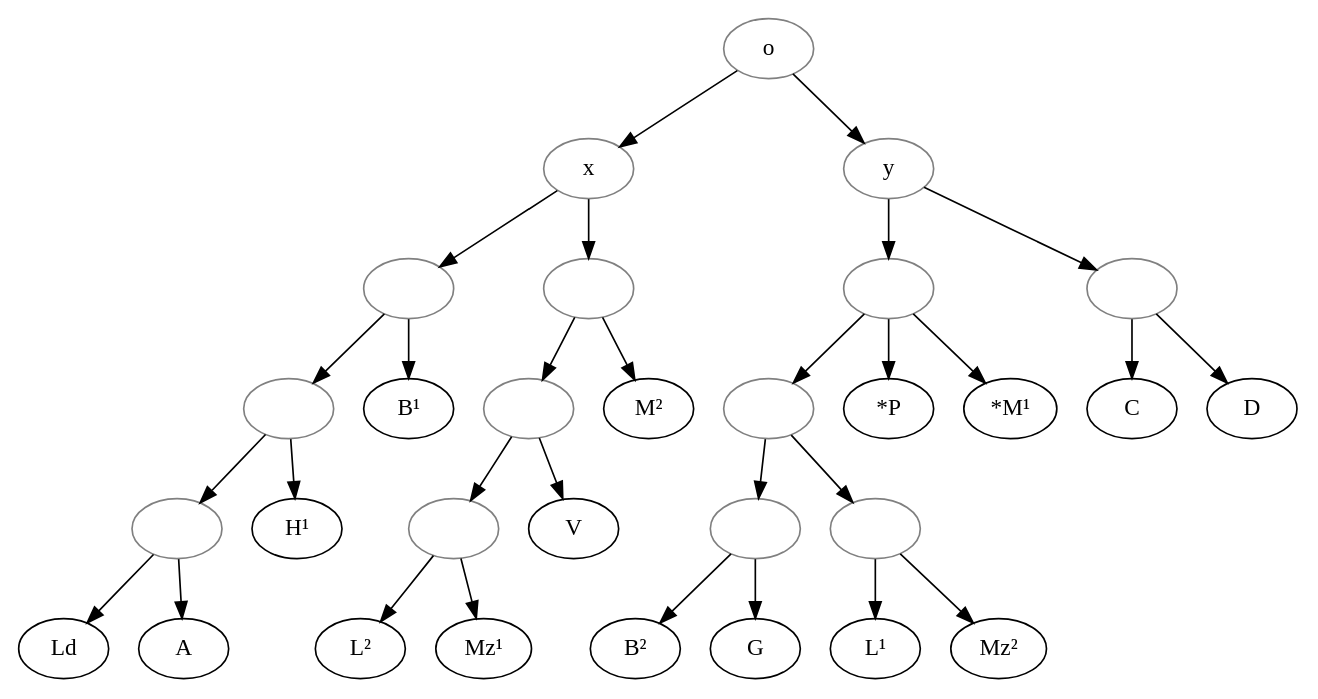
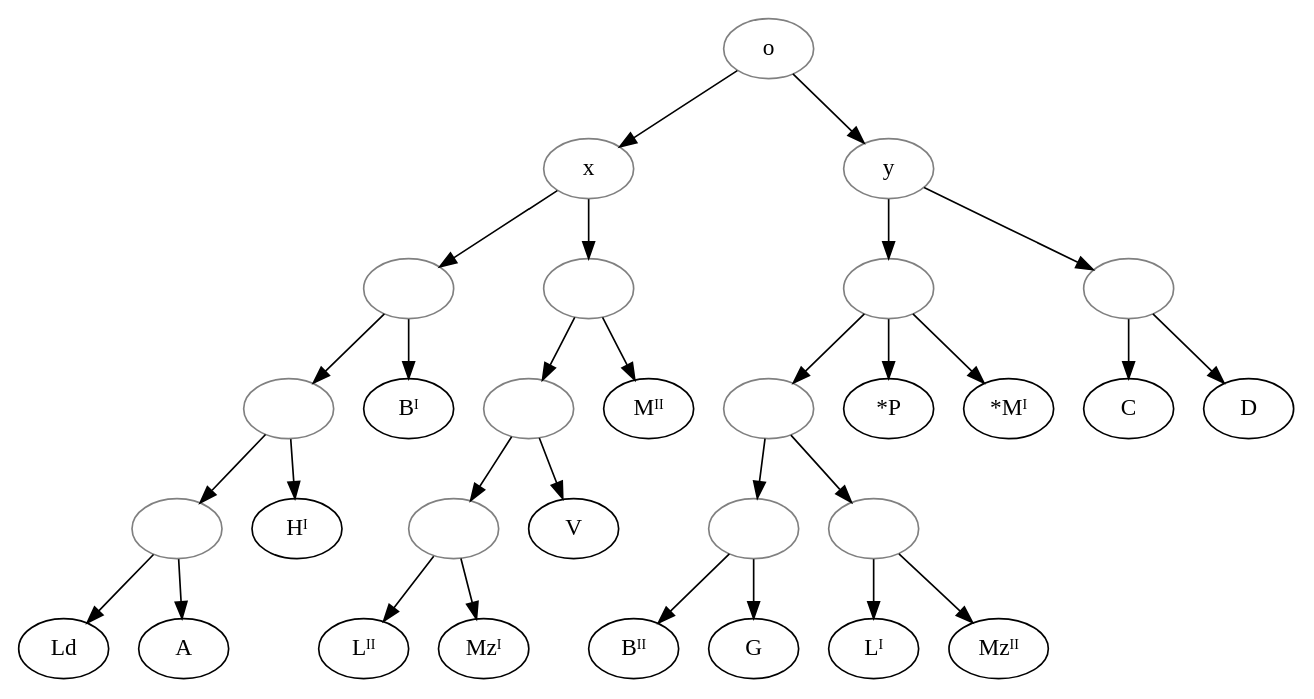
One commit to OpenStemmata/database changed the diagram in data/fro/Korte_1914_RenMont4/stemma.gv. Above: the diagram before and after it, drawn with Graphviz. The commit also changed 5 other files, not shown here.

```diff
--- a/data/fro/Korte_1914_RenMont4/stemma.gv
+++ b/data/fro/Korte_1914_RenMont4/stemma.gv
@@ -1,58 +1,58 @@
 digraph {
 
     o[color="grey"];
     x[color="grey"];
     y[color="grey"];
     1[color="grey", label=""];
     2[color="grey", label=""];
     3[color="grey", label=""];
     4[color="grey", label=""];
     5[color="grey", label=""];
     6[color="grey", label=""];
     7[color="grey", label=""];
     8[color="grey", label=""];
     9[color="grey", label=""];
     10[color="grey", label=""];
     11[color="grey", label=""];
     P[label="*P"];
-    M1[label="*M¹"];
-    M2[label="M²"];
-    B1[label="B¹"];
-    B2[label="B²"];
-    L1[label="L¹"];
-    L2[label="L²"];
-    Mz1[label="Mz¹"];
-    Mz2[label="Mz²"];
-    H1[label="H¹"];
+    M1[label="*Mᴵ"];
+    M2[label="Mᴵᴵ"];
+    B1[label="Bᴵ"];
+    B2[label="Bᴵᴵ"];
+    L1[label="Lᴵ"];
+    L2[label="Lᴵᴵ"];
+    Mz1[label="Mzᴵ"];
+    Mz2[label="Mzᴵᴵ"];
+    H1[label="Hᴵ"];
 
     o->y;
     y->1;
     1->2;
     2->3;
     3->G;
     3->B2;
     2->4;
     4->L1;
     4->Mz2;
     1->P;
     1->M1;
     y->5;
     5->C;
     5->D;
     o->x;
     x->6;
     6->B1;
     6->7;
     7->H1;
     7->8;
     8->Ld;
     8->A;
     x->9;
     9->M2;
     9->10;
     10->11;
     11->Mz1;
     11->L2;
     10->V;
     
 }
```
